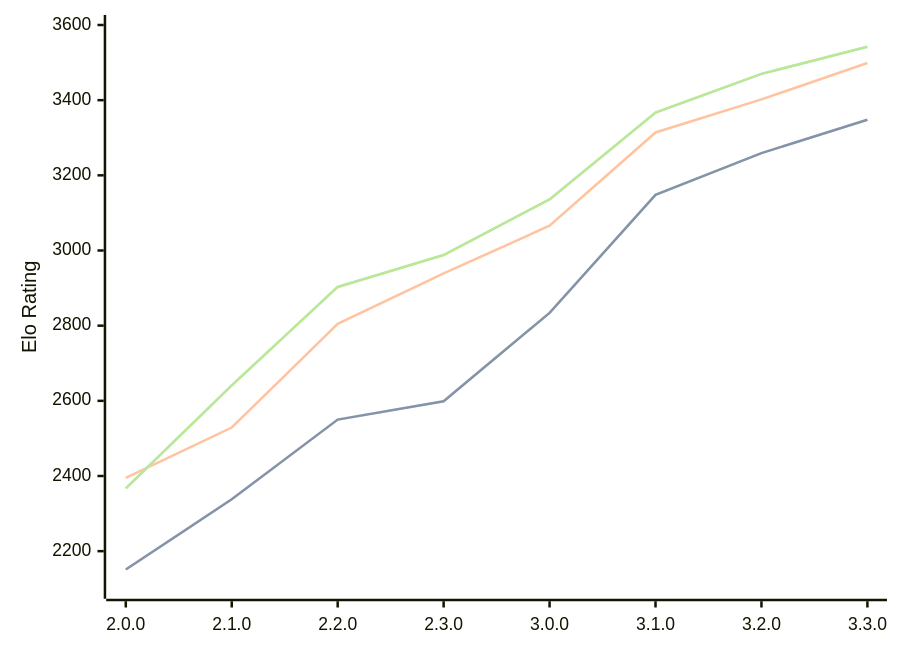
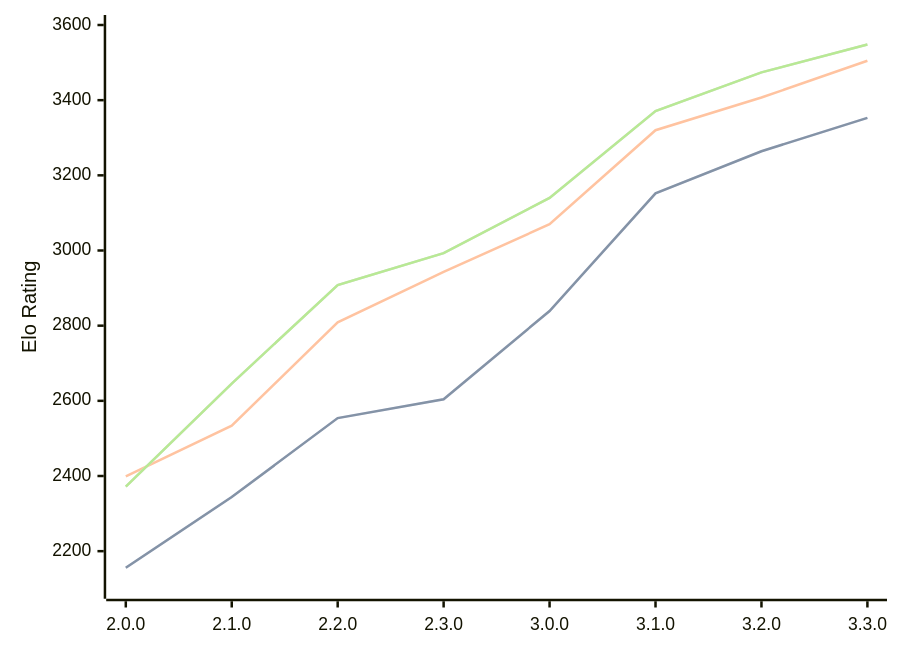
One commit to computer-chess-index/cci changed the diagram in engines/Raphael.md. Above: the diagram before and after it, drawn with Mermaid. The commit also changed other lines of this file, not shown here.

Commit message:
Update CCI Ratings (ELO VLTC) - 2026-04-14

````diff
--- a/engines/Raphael.md
+++ b/engines/Raphael.md
@@ -50,11 +50,11 @@
 ```mermaid
 %%{init: {"theme":"base","themeVariables":{"seriesColors:['#a3a3a3','#222221','#faa371']}}}%%
 xychart-beta
   x-axis ["2.0.0", "2.1.0", "2.2.0", "2.3.0", "3.0.0", "3.1.0", "3.2.0", "3.3.0"]
   y-axis "Elo Rating" 2100 --> 3600
-  line "STC (8.0+0.08s)" [2151, 2338, 2550, 2599, 2834, 3148, 3259, 3348]
-  line "STC (8.0+0.08s)" [2151, 2338, 2550, 2599, 2834, 3148, 3259, 3348]
-  line "LTC (60.0+0.60s)" [2395, 2529, 2805, 2939, 3066, 3314, 3402, 3499]
-  line "VLTC (2m24s+1.12s)" [2367, 2641, 2903, 2988, 3136, 3367, 3470, 3542]
-  line "VLTC (2m24s+1.12s)" [2367, 2641, 2903, 2988, 3136, 3367, 3470, 3542]
+  line "STC (8.0+0.08s)" [2156, 2344, 2554, 2604, 2839, 3152, 3264, 3353]
+  line "STC (8.0+0.08s)" [2156, 2344, 2554, 2604, 2839, 3152, 3264, 3353]
+  line "LTC (60.0+0.60s)" [2399, 2534, 2809, 2943, 3070, 3320, 3407, 3505]
+  line "VLTC (2m24s+1.12s)" [2372, 2646, 2908, 2993, 3140, 3371, 3474, 3548]
+  line "VLTC (2m24s+1.12s)" [2372, 2646, 2908, 2993, 3140, 3371, 3474, 3548]
 ```
````
